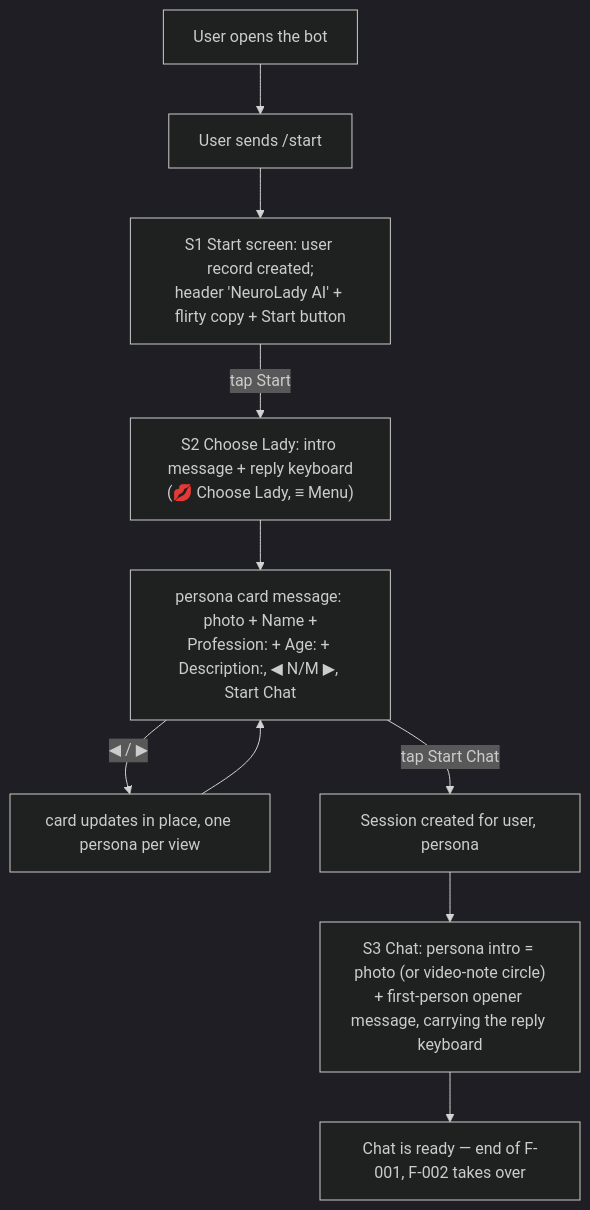
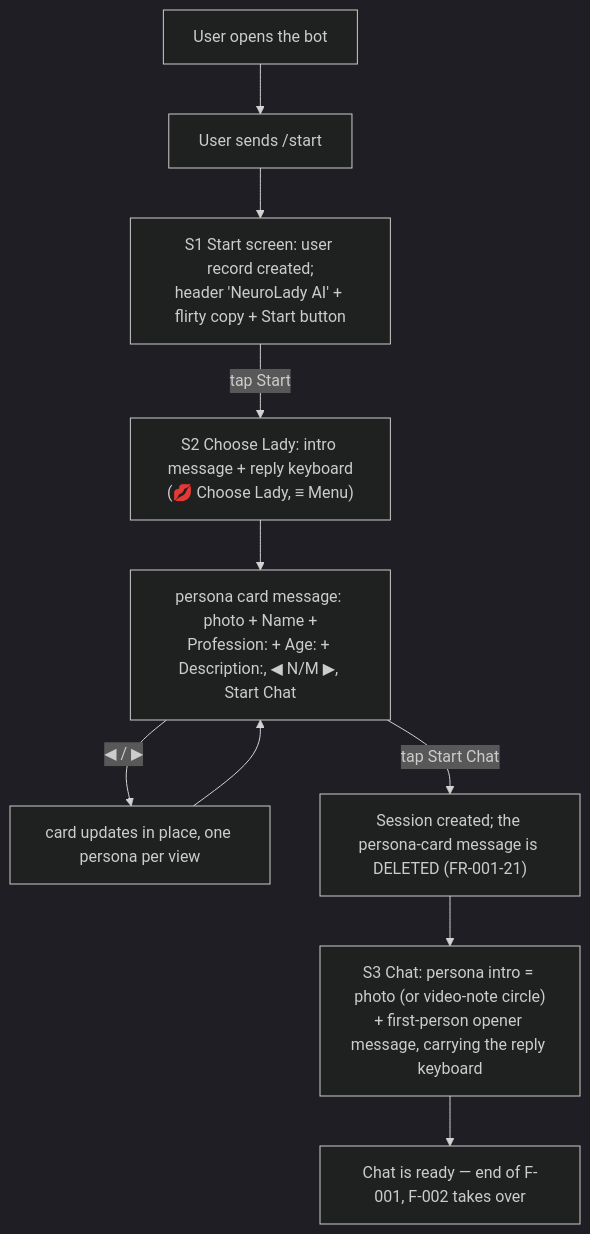
One commit to b3ly4ck/NeuroLady_Persona_Engine changed the first of 3 diagrams in developer files/features/F-001-onboarding-persona-selection.md. Above: the diagram before and after it, drawn with Mermaid (dark theme). The commit also changed other lines of this file and 6 other files, not shown here.

Commit message:
v0.18.5 [fix]: on Start Chat delete the stale gallery-card message (FR-001-21) + wire persona photos on S2 card and S3 opener (FR-001-22, docs-first). seed sets gallery_photo_ref=media/<slug>/gallery/card.jpg (graceful text fallback until a real image exists). 51 tests green

````diff
--- a/developer files/features/F-001-onboarding-persona-selection.md
+++ b/developer files/features/F-001-onboarding-persona-selection.md
@@ -59,12 +59,12 @@
 ```mermaid
 flowchart TD
     A[User opens the bot] --> B[User sends /start]
     B --> C["S1 Start screen: user record created;<br/>header 'NeuroLady AI' + flirty copy + Start button"]
     C -->|tap Start| D["S2 Choose Lady: intro message + reply keyboard<br/>(💋 Choose Lady, ≡ Menu)"]
     D --> E["persona card message: photo + Name +<br/>Profession: + Age: + Description:, ◀ N/M ▶, Start Chat"]
     E -->|◀ / ▶| E2["card updates in place, one persona per view"]
     E2 --> E
-    E -->|tap Start Chat| F[Session created for user, persona]
+    E -->|tap Start Chat| F["Session created; the persona-card message is DELETED (FR-001-21)"]
     F --> G["S3 Chat: persona intro = photo (or video-note circle)<br/>+ first-person opener message, carrying the reply keyboard"]
     G --> I[Chat is ready — end of F-001, F-002 takes over]
 ```
````
